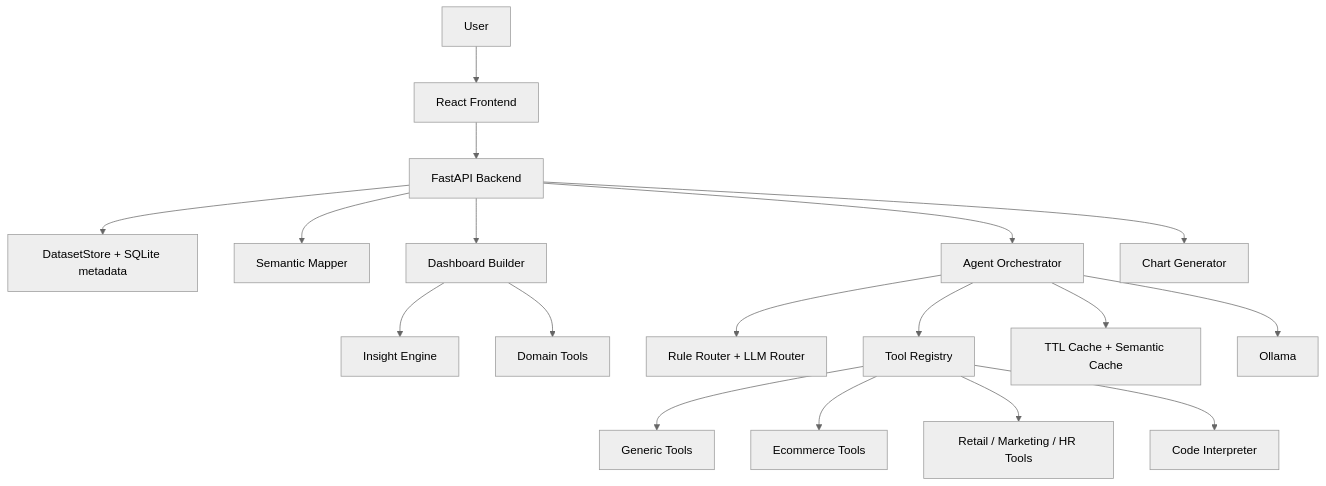
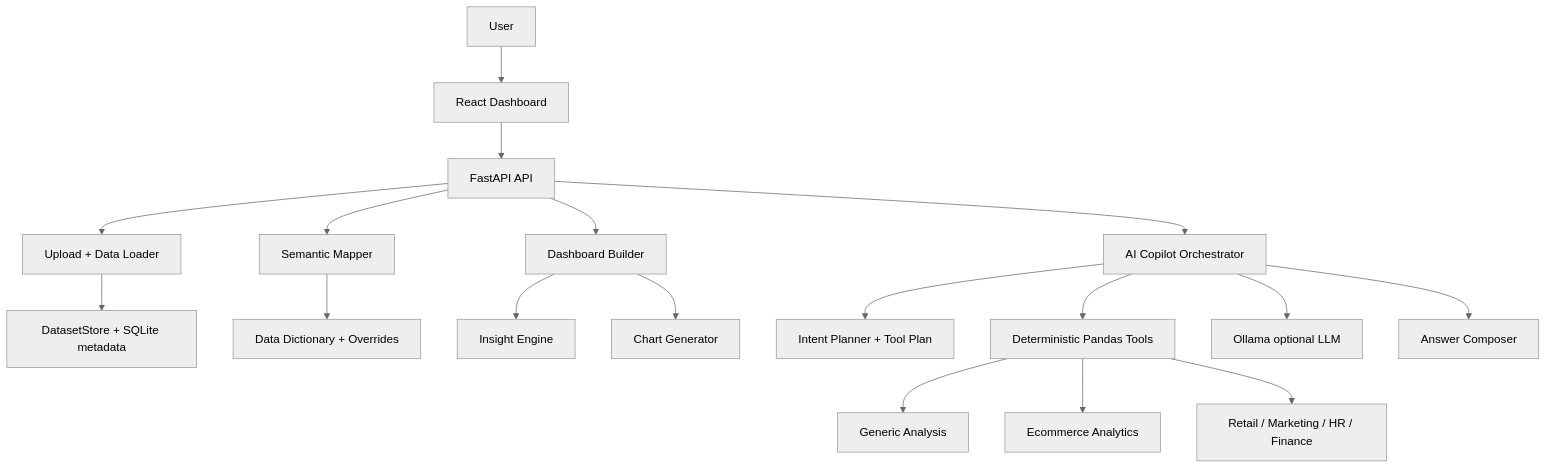
Before and after one commit to CodeDaoVietNam/AI_DATA_ANALYST_AGENT: the diagram in README.md, drawn with Mermaid (neutral theme). The commit also changed other lines of this file and 11 other files, not shown here.

````diff
--- a/README.md
+++ b/README.md
@@ -58,24 +46,25 @@
 ```mermaid
 flowchart TD
-    User["User"] --> FE["React Frontend"]
-    FE --> API["FastAPI Backend"]
+    User["User"] --> Web["React Dashboard"]
+    Web --> API["FastAPI API"]
 
-    API --> Store["DatasetStore + SQLite metadata"]
+    API --> Upload["Upload + Data Loader"]
+    Upload --> Store["DatasetStore + SQLite metadata"]
+
     API --> Semantic["Semantic Mapper"]
+    Semantic --> Dictionary["Data Dictionary + Overrides"]
+
     API --> Dashboard["Dashboard Builder"]
-    API --> Agent["Agent Orchestrator"]
-    API --> Chart["Chart Generator"]
+    Dashboard --> Insight["Insight Engine"]
+    Dashboard --> Charts["Chart Generator"]
 
-    Dashboard --> Insight["Insight Engine"]
-    Dashboard --> DomainTools["Domain Tools"]
+    API --> Agent["AI Copilot Orchestrator"]
+    Agent --> Planner["Intent Planner + Tool Plan"]
+    Agent --> Tools["Deterministic Pandas Tools"]
+    Agent --> Ollama["Ollama optional LLM"]
+    Agent --> Composer["Answer Composer"]
 
-    Agent --> Router["Rule Router + LLM Router"]
-    Agent --> Tools["Tool Registry"]
-    Agent --> Cache["TTL Cache + Semantic Cache"]
-    Agent --> Ollama["Ollama"]
-
-    Tools --> Generic["Generic Tools"]
-    Tools --> Ecommerce["Ecommerce Tools"]
-    Tools --> Domain["Retail / Marketing / HR Tools"]
-    Tools --> Sandbox["Code Interpreter"]
+    Tools --> Generic["Generic Analysis"]
+    Tools --> Ecommerce["Ecommerce Analytics"]
+    Tools --> Domain["Retail / Marketing / HR / Finance"]
 ```
````
